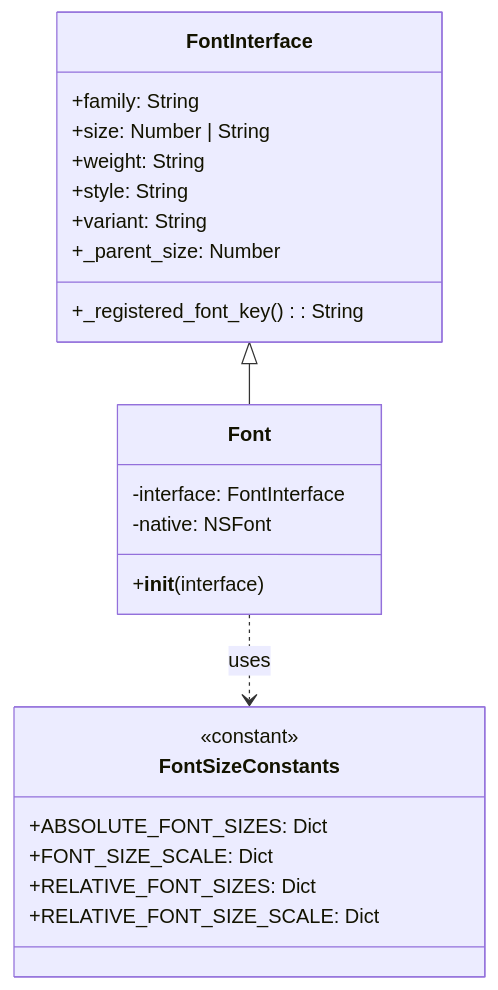
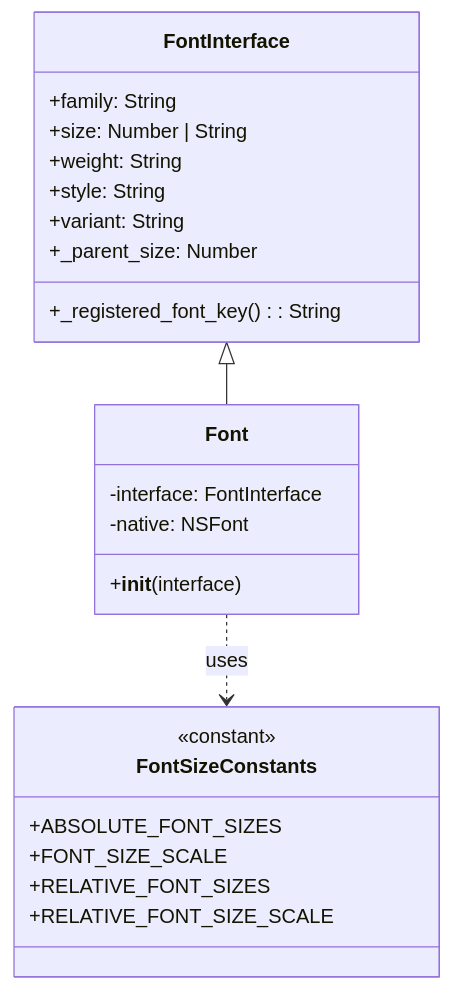
Before and after one commit to DD2480-Group22-2025/toga-docs: the fourth of 4 diagrams in UML.md, drawn with Mermaid. The commit also changed other lines of this file, not shown here.

Commit message:
Small upd to the Backend UML

````diff
--- a/UML.md
+++ b/UML.md
@@ -65,29 +65,29 @@
 ```mermaid
 classDiagram
     class FontInterface {
       +family: String
       +size: Number | String
       +weight: String
       +style: String
       +variant: String
       +_registered_font_key(): String
       +_parent_size: Number
     }
     
     class Font {
       -interface: FontInterface
       -native: NSFont
       +__init__(interface)
     }
     
     class FontSizeConstants {
       <<constant>>
-      +ABSOLUTE_FONT_SIZES: Dict
-      +FONT_SIZE_SCALE: Dict
-      +RELATIVE_FONT_SIZES: Dict
-      +RELATIVE_FONT_SIZE_SCALE: Dict
+      +ABSOLUTE_FONT_SIZES
+      +FONT_SIZE_SCALE
+      +RELATIVE_FONT_SIZES
+      +RELATIVE_FONT_SIZE_SCALE
     }
     
     FontInterface <|-- Font
     Font ..> FontSizeConstants : uses
 ```
````
